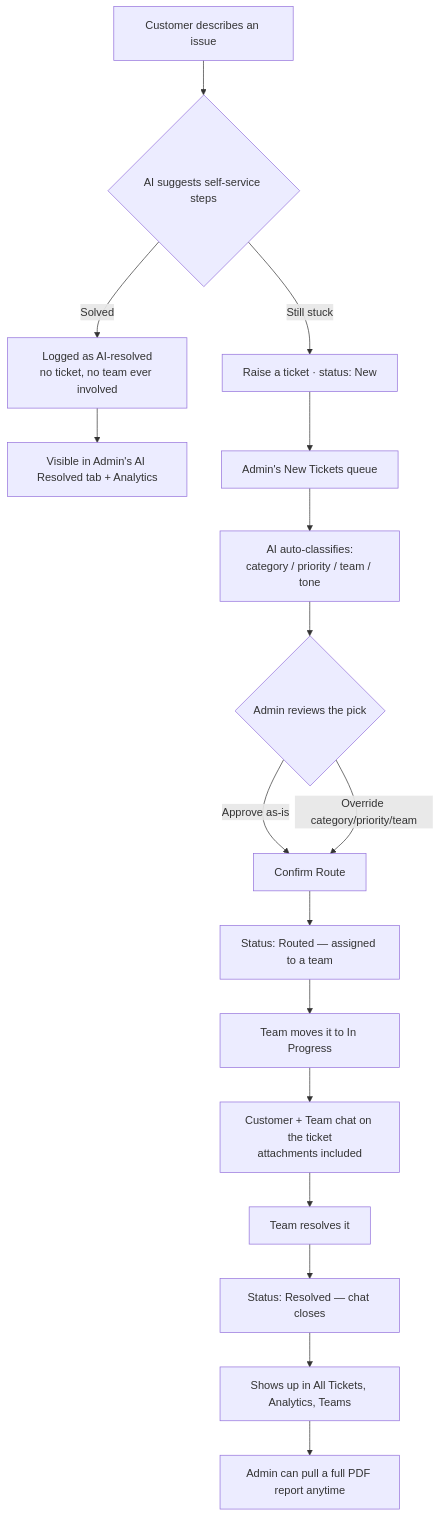
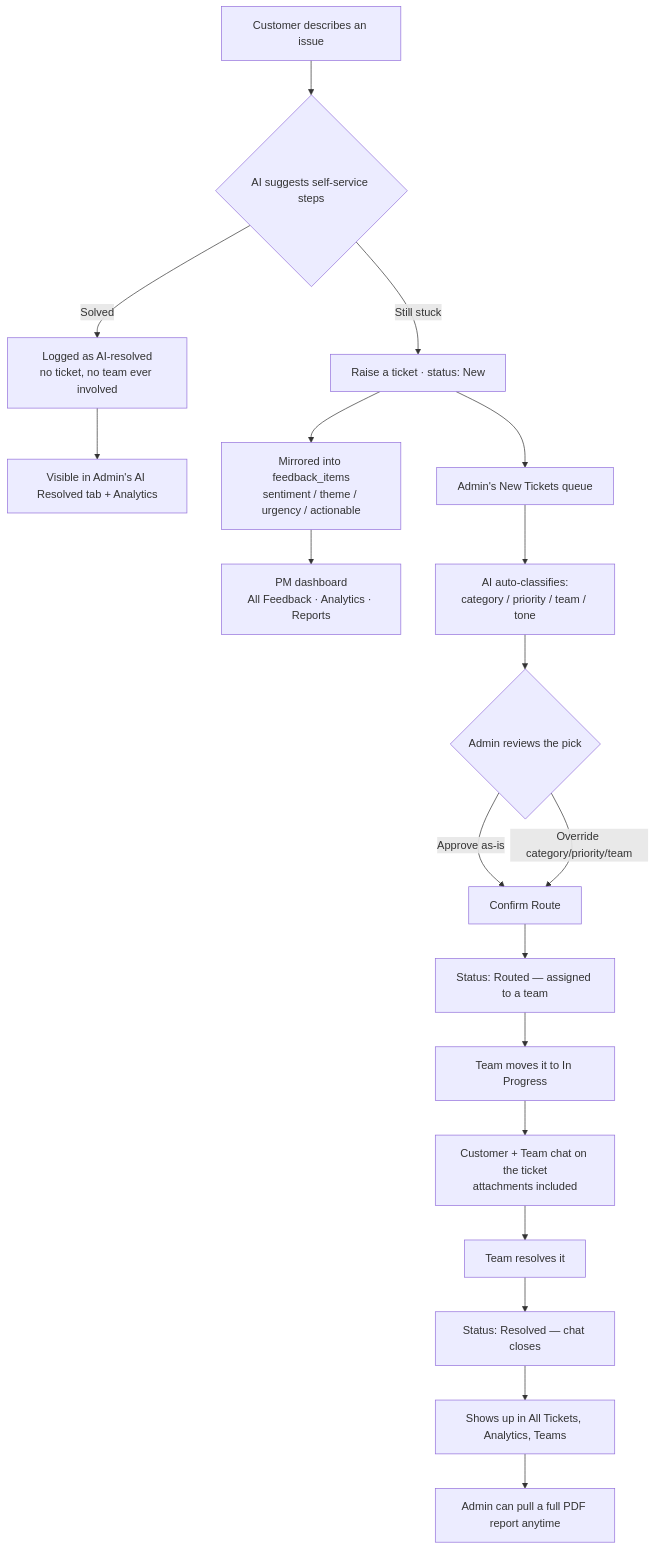
The first of 2 diagrams in README.md (MadhuraCalfus/Port-5), drawn with Mermaid before and after one commit. The commit also changed other lines of this file, not shown here.

````diff
--- a/README.md
+++ b/README.md
@@ -21,19 +21,21 @@
 ```mermaid
 flowchart TD
     A["Customer describes an issue"] --> B{"AI suggests self-service steps"}
     B -->|"Solved"| C["Logged as AI-resolved\nno ticket, no team ever involved"]
     C --> P["Visible in Admin's AI Resolved tab + Analytics"]
     B -->|"Still stuck"| D["Raise a ticket · status: New"]
     D --> E["Admin's New Tickets queue"]
+    D --> Q["Mirrored into feedback_items\nsentiment / theme / urgency / actionable"]
+    Q --> R["PM dashboard\nAll Feedback · Analytics · Reports"]
     E --> F["AI auto-classifies:\ncategory / priority / team / tone"]
     F --> G{"Admin reviews the pick"}
     G -->|"Approve as-is"| H["Confirm Route"]
     G -->|"Override category/priority/team"| H
     H --> I["Status: Routed — assigned to a team"]
     I --> J["Team moves it to In Progress"]
     J --> K["Customer + Team chat on the ticket\nattachments included"]
     K --> L["Team resolves it"]
     L --> M["Status: Resolved — chat closes"]
     M --> N["Shows up in All Tickets, Analytics, Teams"]
     N --> O["Admin can pull a full PDF report anytime"]
 ```
````
